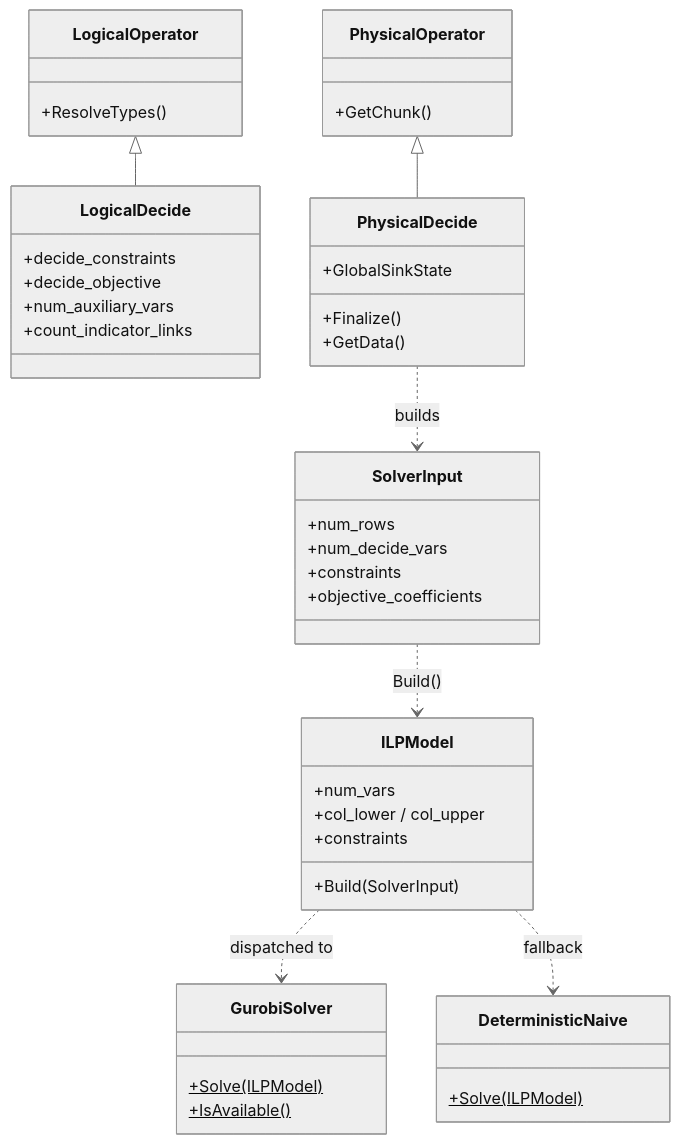
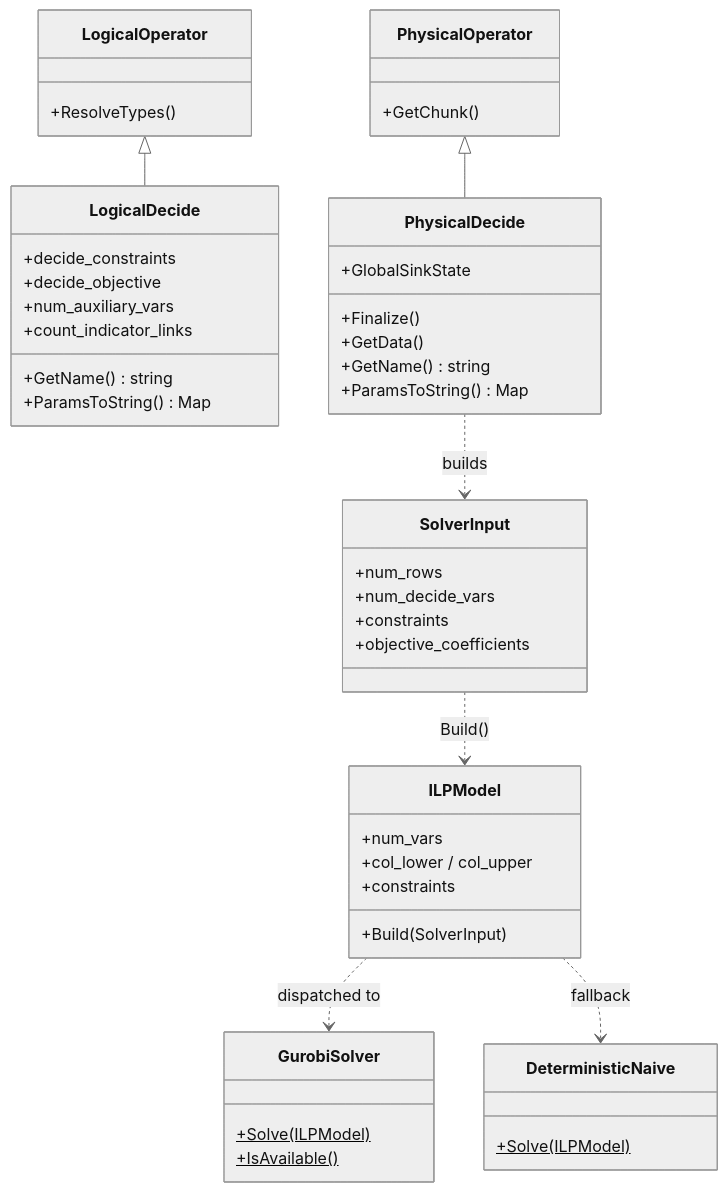
Before and after one commit to huda-lab/packdb: the second of 2 diagrams in context/descriptions/01_pipeline/code_structure.md, drawn with Mermaid (neutral theme). The commit also changed other lines of this file and 15 other files, not shown here.

````diff
--- a/context/descriptions/01_pipeline/code_structure.md
+++ b/context/descriptions/01_pipeline/code_structure.md
@@ -76,48 +76,52 @@
 ```mermaid
 classDiagram
     class LogicalOperator {
         +ResolveTypes()
     }
     class LogicalDecide {
         +decide_constraints
         +decide_objective
         +num_auxiliary_vars
         +count_indicator_links
+        +GetName() string
+        +ParamsToString() Map
     }
 
     class PhysicalOperator {
         +GetChunk()
     }
     class PhysicalDecide {
         +GlobalSinkState
         +Finalize()
         +GetData()
+        +GetName() string
+        +ParamsToString() Map
     }
 
     class SolverInput {
         +num_rows
         +num_decide_vars
         +constraints
         +objective_coefficients
     }
     class ILPModel {
         +num_vars
         +col_lower / col_upper
         +constraints
         +Build(SolverInput)
     }
     class GurobiSolver {
         +Solve(ILPModel)$
         +IsAvailable()$
     }
     class DeterministicNaive {
         +Solve(ILPModel)$
     }
 
     LogicalOperator <|-- LogicalDecide
     PhysicalOperator <|-- PhysicalDecide
     PhysicalDecide ..> SolverInput : builds
     SolverInput ..> ILPModel : Build()
     ILPModel ..> GurobiSolver : dispatched to
     ILPModel ..> DeterministicNaive : fallback
 ```
````
